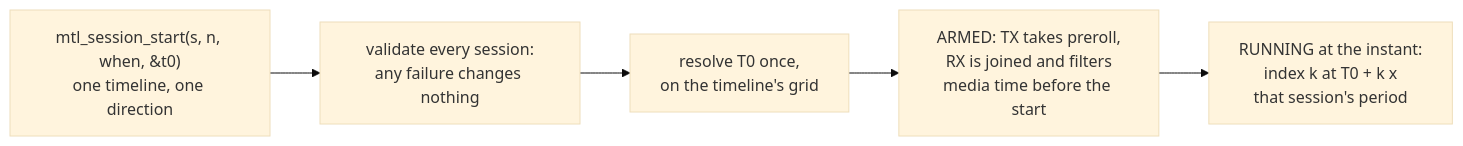
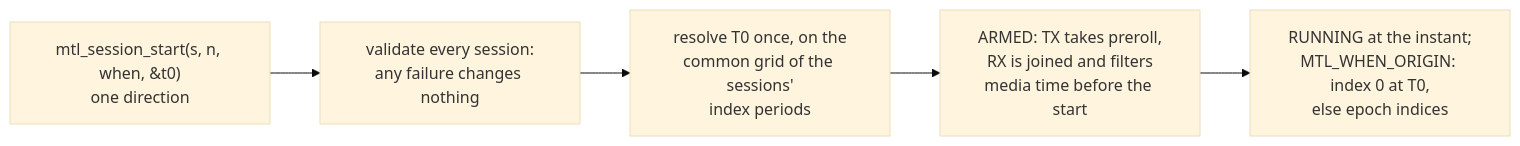
Diagram 28 of 56 in doc/unified-api/diagrams.md (Sakoram/Media-Transport-Library), drawn with Mermaid (base theme) before and after one commit. The commit also changed other lines of this file and 56 other files, not shown here.

````diff
--- a/doc/unified-api/diagrams.md
+++ b/doc/unified-api/diagrams.md
@@ -716,7 +767,7 @@
 ```mermaid
 flowchart LR
-    A["mtl_session_start(s, n, when, &t0)<br/>one timeline, one direction"] --> V["validate every session:<br/>any failure changes nothing"]
-    V --> T0["resolve T0 once,<br/>on the timeline's grid"]
+    A["mtl_session_start(s, n, when, &t0)<br/>one direction"] --> V["validate every session:<br/>any failure changes nothing"]
+    V --> T0["resolve T0 once, on the<br/>common grid of the sessions'<br/>index periods"]
     T0 --> ARM["ARMED: TX takes preroll,<br/>RX is joined and filters<br/>media time before the start"]
-    ARM --> RUN["RUNNING at the instant:<br/>index k at T0 + k x<br/>that session's period"]
+    ARM --> RUN["RUNNING at the instant;<br/>MTL_WHEN_ORIGIN: index 0 at T0,<br/>else epoch indices"]
 ```
````
